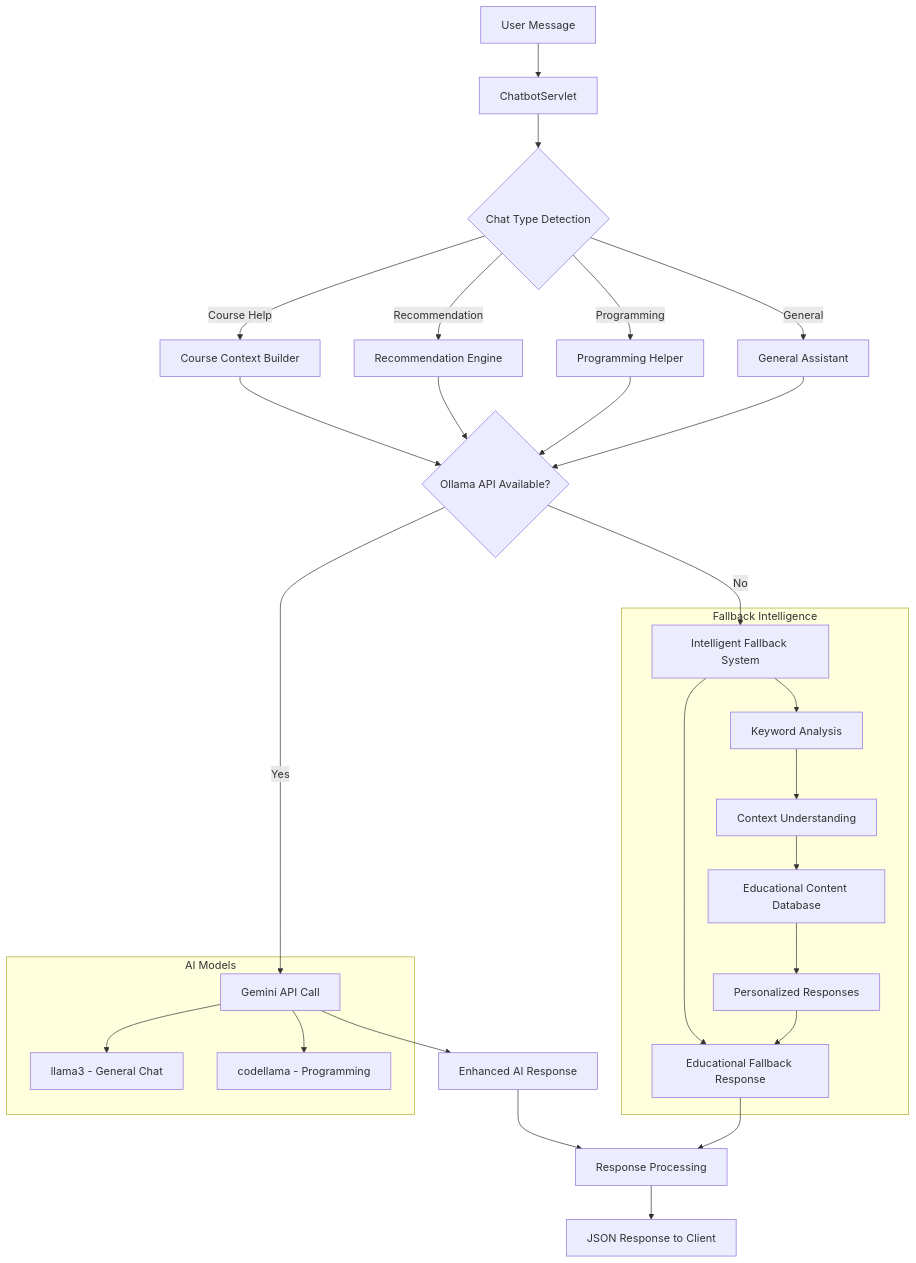
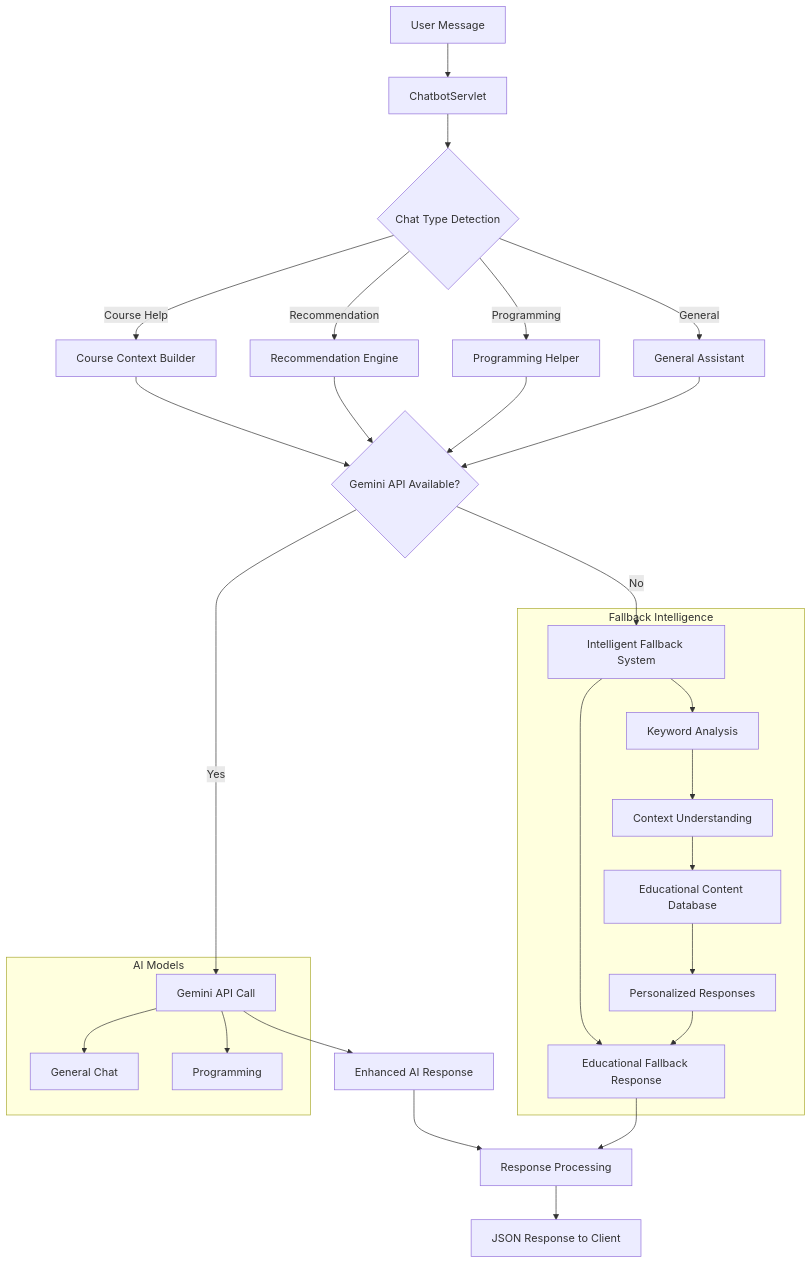
The second of 5 diagrams in README.md (Eggprime1963/LearningWebsite), drawn with Mermaid before and after one commit.

````diff
--- a/README.md
+++ b/README.md
@@ -262,46 +262,46 @@
 ```mermaid
 flowchart TD
     A[User Message] --> B[ChatbotServlet]
     B --> C{Chat Type Detection}
     
     C -->|Course Help| D[Course Context Builder]
     C -->|Recommendation| E[Recommendation Engine]
     C -->|Programming| F[Programming Helper]
     C -->|General| G[General Assistant]
     
-    D --> H{Ollama API Available?}
+    D --> H{Gemini API Available?}
     E --> H
     F --> H
     G --> H
     
     H -->|Yes| I[Gemini API Call]
     H -->|No| J[Intelligent Fallback System]
     
     I --> K[Enhanced AI Response]
     J --> L[Educational Fallback Response]
     
     K --> M[Response Processing]
     L --> M
     M --> N[JSON Response to Client]
     
     subgraph "Fallback Intelligence"
         O[Keyword Analysis]
         P[Context Understanding]
         Q[Educational Content Database]
         R[Personalized Responses]
         
         J --> O
         O --> P
         P --> Q
         Q --> R
         R --> L
     end
     
     subgraph "AI Models"
-        S[llama3 - General Chat]
-        T[codellama - Programming]
+        S[General Chat]
+        T[Programming]
         
         I --> S
         I --> T
     end
 ```
````
